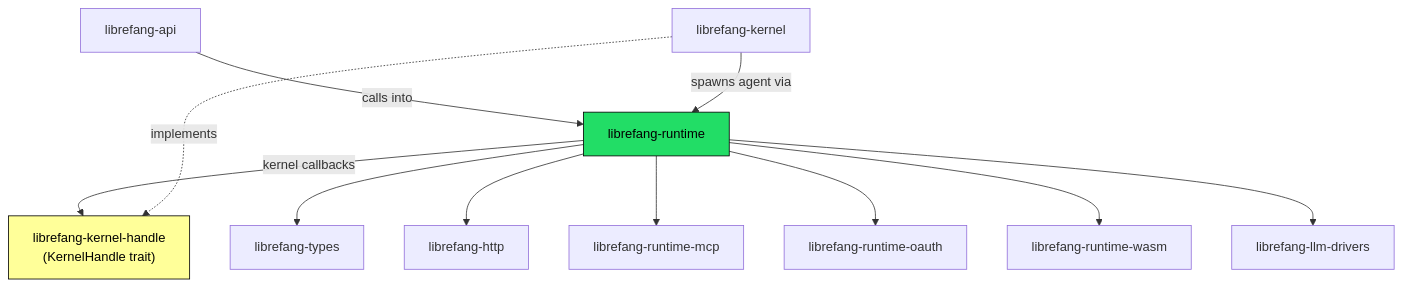
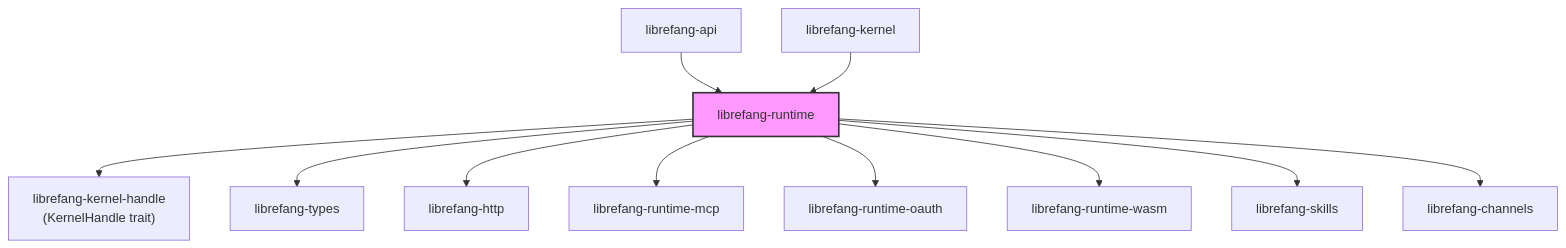
One commit to leszek3737/librefang-WIki changed the diagram in other-librefang-runtime.md. Above: the diagram before and after it, drawn with Mermaid. The commit also changed other lines of this file and 110 other files, not shown here.

````diff
--- a/other-librefang-runtime.md
+++ b/other-librefang-runtime.md
@@ -9,27 +9,27 @@
 ```mermaid
 graph TD
     API["librefang-api"]
-    Kernel["librefang-kernel"]
+    K["librefang-kernel"]
     KH["librefang-kernel-handle<br/>(KernelHandle trait)"]
-    Runtime["librefang-runtime"]
-    Types["librefang-types"]
-    HTTP["librefang-http"]
-    MCP["librefang-runtime-mcp"]
-    OAuth["librefang-runtime-oauth"]
-    WASM["librefang-runtime-wasm"]
-    LLM["librefang-llm-drivers"]
+    R["librefang-runtime"]
+    T["librefang-types"]
+    H["librefang-http"]
+    M["librefang-runtime-mcp"]
+    O["librefang-runtime-oauth"]
+    W["librefang-runtime-wasm"]
+    S["librefang-skills"]
+    C["librefang-channels"]
 
-    API -->|"calls into"| Runtime
-    Kernel -->|"spawns agent via"| Runtime
-    Runtime -->|"kernel callbacks"| KH
-    Kernel -.->|"implements"| KH
-    Runtime --> Types
-    Runtime --> HTTP
-    Runtime --> MCP
-    Runtime --> OAuth
-    Runtime --> WASM
-    Runtime --> LLM
+    API --> R
+    K --> R
+    R --> KH
+    R --> T
+    R --> H
+    R --> M
+    R --> O
+    R --> W
+    R --> S
+    R --> C
 
-    style Runtime fill:#2d6,stroke:#000,color:#000
-    style KH fill:#ff9,stroke:#000,color:#000
+    style R fill:#f9f,stroke:#333,stroke-width:2px
 ```
````
